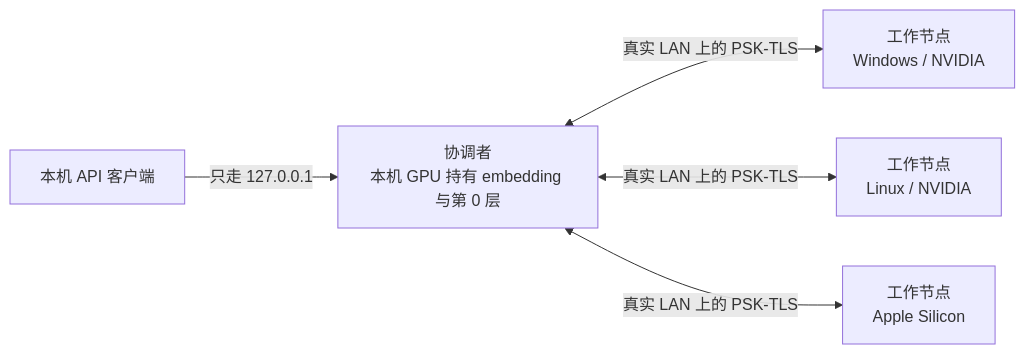
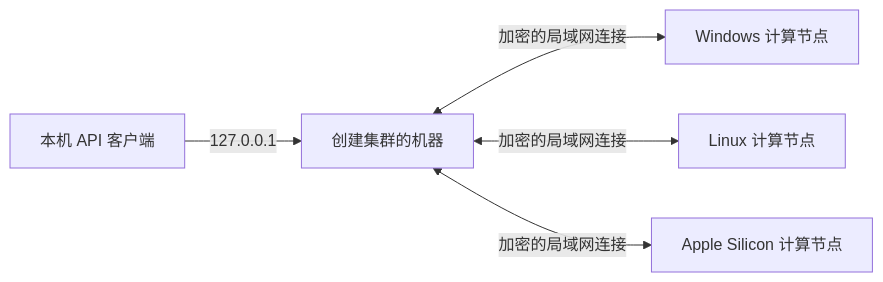
One commit to idletoken/IdleToken changed the diagram in docs/user-guide.zh-CN.md. Above: the diagram before and after it, drawn with Mermaid. The commit also changed other lines of this file and 7 other files, not shown here.

````diff
--- a/docs/user-guide.zh-CN.md
+++ b/docs/user-guide.zh-CN.md
@@ -177,11 +181,11 @@
 ```mermaid
 flowchart LR
-    A[协调者<br/>本机 GPU 持有 embedding 与第 0 层]
-    B[工作节点<br/>Windows / NVIDIA]
-    C[工作节点<br/>Linux / NVIDIA]
-    D[工作节点<br/>Apple Silicon]
-    A <-->|真实 LAN 上的 PSK-TLS| B
-    A <-->|真实 LAN 上的 PSK-TLS| C
-    A <-->|真实 LAN 上的 PSK-TLS| D
-    U[本机 API 客户端] -->|只走 127.0.0.1| A
+    A[创建集群的机器]
+    B[Windows 计算节点]
+    C[Linux 计算节点]
+    D[Apple Silicon 计算节点]
+    A <-->|加密的局域网连接| B
+    A <-->|加密的局域网连接| C
+    A <-->|加密的局域网连接| D
+    U[本机 API 客户端] -->|127.0.0.1| A
 ```
````
